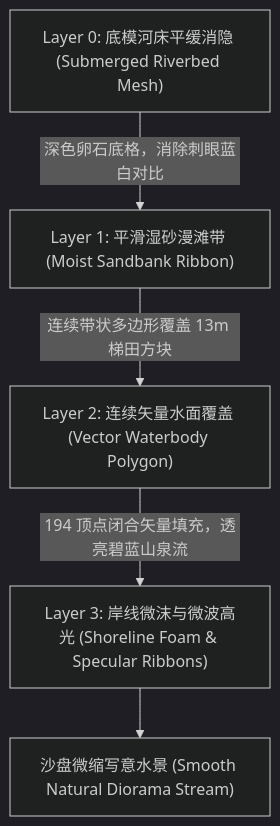
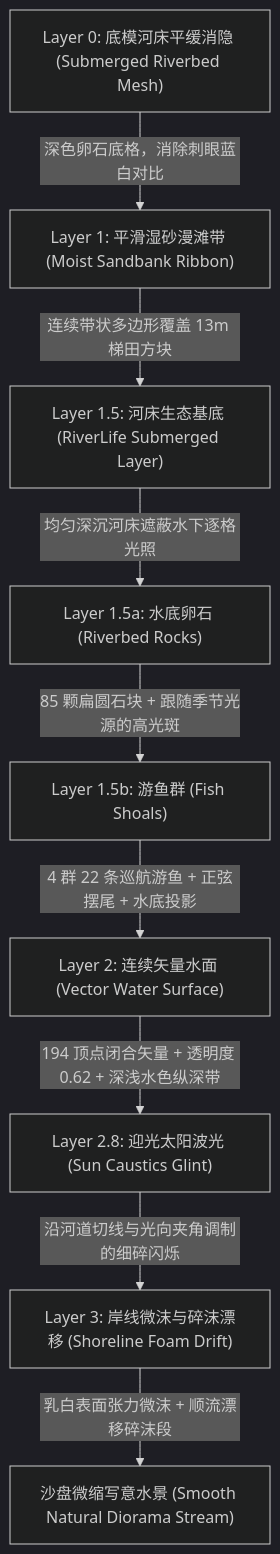
One commit to g39088902/FlowAndAccord changed the diagram in docs/28-plan-river-shoreline-refinement.md. Above: the diagram before and after it, drawn with Mermaid (dark theme). The commit also changed other lines of this file and 38 other files, not shown here.

````diff
--- a/docs/28-plan-river-shoreline-refinement.md
+++ b/docs/28-plan-river-shoreline-refinement.md
@@ -56,7 +60,11 @@
 ```mermaid
 graph TD
     A["Layer 0: 底模河床平缓消隐 (Submerged Riverbed Mesh)"] -->|深色卵石底格，消除刺眼蓝白对比| B["Layer 1: 平滑湿砂漫滩带 (Moist Sandbank Ribbon)"]
-    B -->|连续带状多边形覆盖 13m 梯田方块| C["Layer 2: 连续矢量水面覆盖 (Vector Waterbody Polygon)"]
-    C -->|194 顶点闭合矢量填充，透亮碧蓝山泉流| D["Layer 3: 岸线微沫与微波高光 (Shoreline Foam & Specular Ribbons)"]
-    D --> E["沙盘微缩写意水景 (Smooth Natural Diorama Stream)"]
+    B -->|连续带状多边形覆盖 13m 梯田方块| C["Layer 1.5: 河床生态基底 (RiverLife Submerged Layer)"]
+    C -->|均匀深沉河床遮蔽水下逐格光照| D["Layer 1.5a: 水底卵石 (Riverbed Rocks)"]
+    D -->|85 颗扁圆石块 + 跟随季节光源的高光斑| E["Layer 1.5b: 游鱼群 (Fish Shoals)"]
+    E -->|4 群 22 条巡航游鱼 + 正弦摆尾 + 水底投影| F["Layer 2: 连续矢量水面 (Vector Water Surface)"]
+    F -->|194 顶点闭合矢量 + 透明度 0.62 + 深浅水色纵深带| G["Layer 2.8: 迎光太阳波光 (Sun Caustics Glint)"]
+    G -->|沿河道切线与光向夹角调制的细碎闪烁| H["Layer 3: 岸线微沫与碎沫漂移 (Shoreline Foam Drift)"]
+    H -->|乳白表面张力微沫 + 顺流漂移碎沫段| I["沙盘微缩写意水景 (Smooth Natural Diorama Stream)"]
 ```
````
